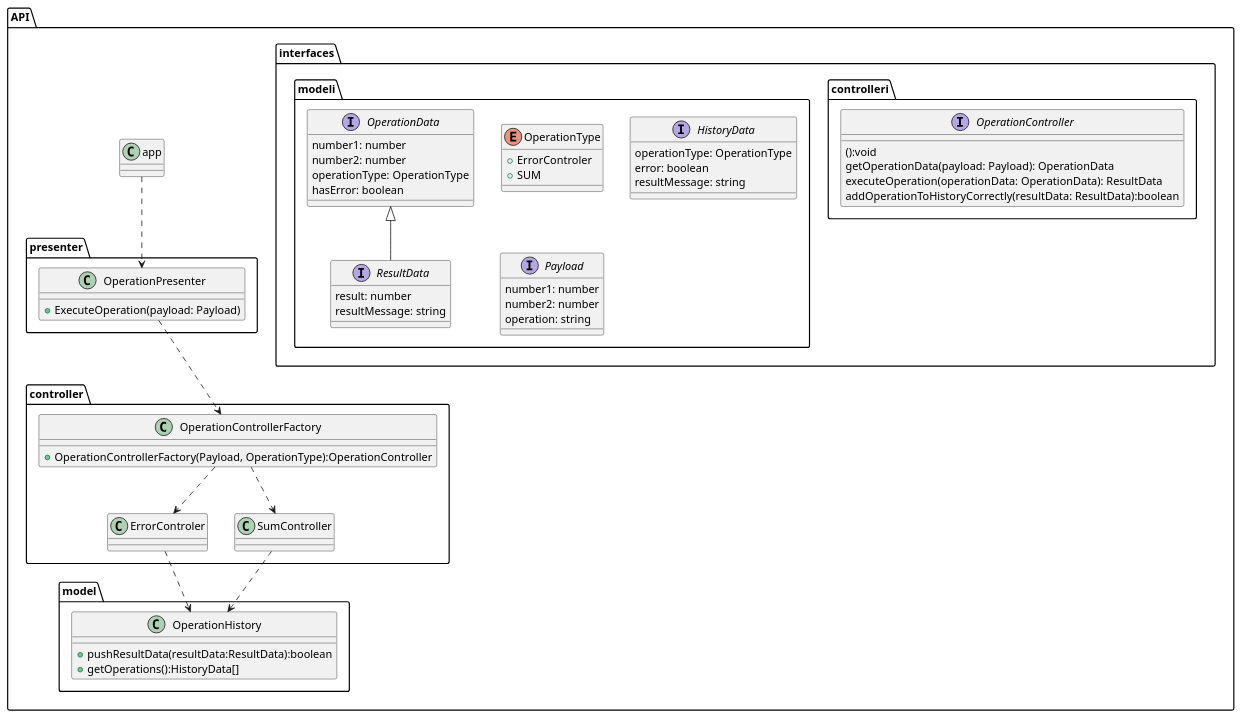
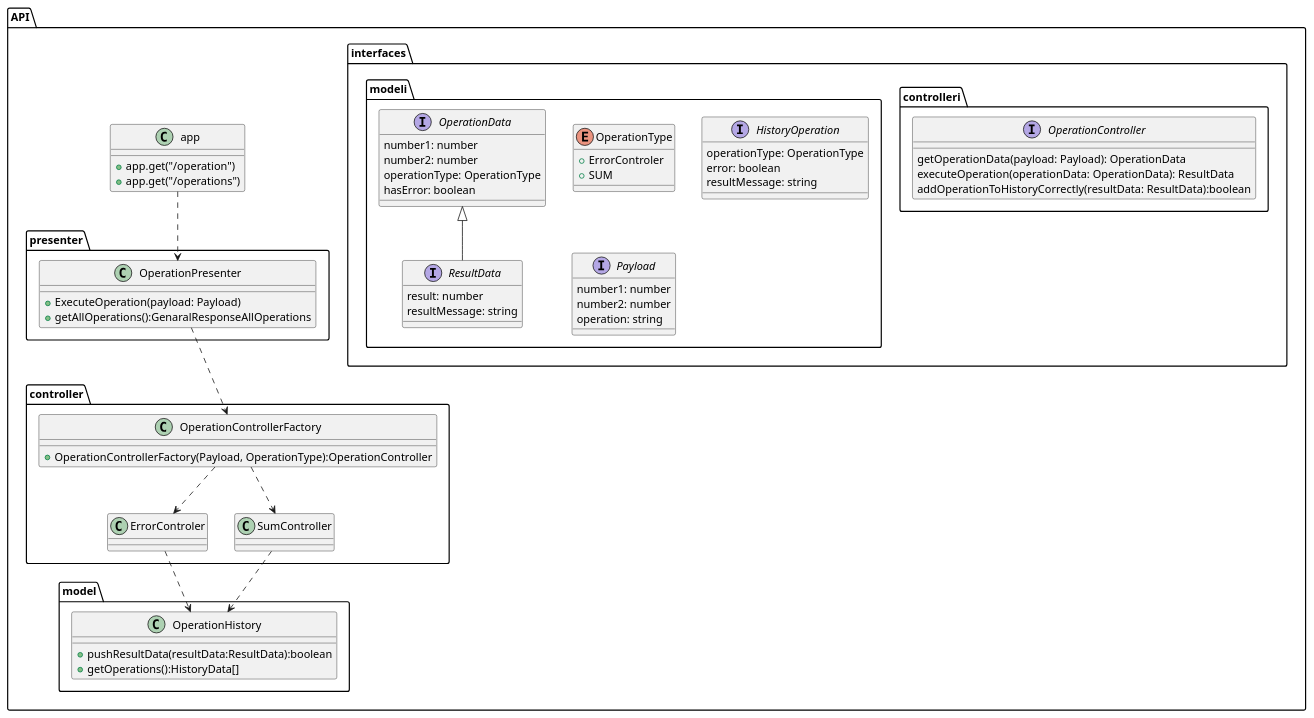
Before and after one commit to moroquin/git-conflict-workshop: the diagram in doc/MainDiagram.wsd, drawn with PlantUML. The commit also changed 1 other file, not shown here.

Commit message:
fix[MainDiagram]: update all the diagrams

```diff
--- a/doc/MainDiagram.wsd
+++ b/doc/MainDiagram.wsd
@@ -1,85 +1,88 @@
 @startuml MainDiagram
 
 package API{
 
     package interfaces{
         package controlleri{
             interface OperationController{
-                ():void
                 getOperationData(payload: Payload): OperationData
                 executeOperation(operationData: OperationData): ResultData
                 addOperationToHistoryCorrectly(resultData: ResultData):boolean
             }
         }
 
         package modeli{
             enum OperationType{
                 + ErrorControler
                 + SUM
             }
 
             interface OperationData{
                 number1: number 
                 number2: number
                 operationType: OperationType
                 hasError: boolean
             }
 
             interface ResultData {
                 result: number
                 resultMessage: string
             }
 
-            interface HistoryData{
+            interface HistoryOperation{
                 operationType: OperationType
                 error: boolean
                 resultMessage: string
             }
 
             interface Payload{
                 number1: number 
                 number2: number
                 operation: string
             }
 
             ResultData -up-|> OperationData
 
         }
     }
 
-    class app{}
+    class app{
+        + app.get("/operation")
+        + app.get("/operations")
+    }
 
     package controller{
         class OperationControllerFactory{
             + OperationControllerFactory(Payload, OperationType):OperationController
         }
         class ErrorControler{}
         class SumController{}
     }
 
     package model{
         class OperationHistory{
             + pushResultData(resultData:ResultData):boolean
             + getOperations():HistoryData[]
         }
 
     }
 
     package presenter{
         class OperationPresenter{
             + ExecuteOperation(payload: Payload)
+            + getAllOperations():GenaralResponseAllOperations
         }
     }
 
     app ..> OperationPresenter
 
     OperationPresenter ..> OperationControllerFactory
     OperationControllerFactory ..> SumController
     OperationControllerFactory ..> ErrorControler
 
     ErrorControler ..> OperationHistory
     SumController ..> OperationHistory
 }
 
 
 @enduml
```
